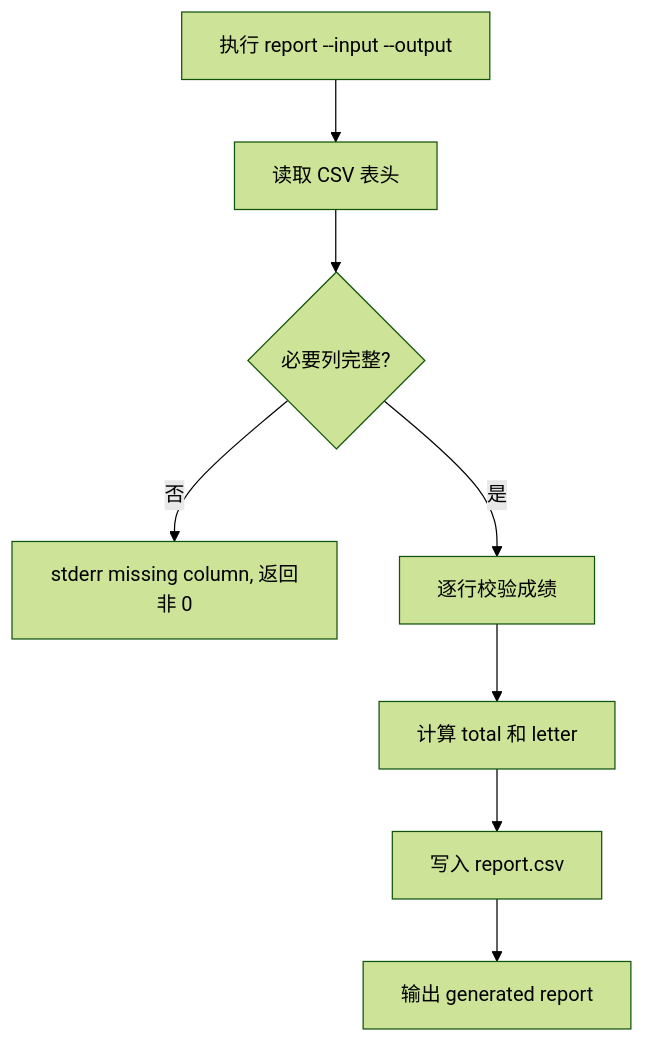
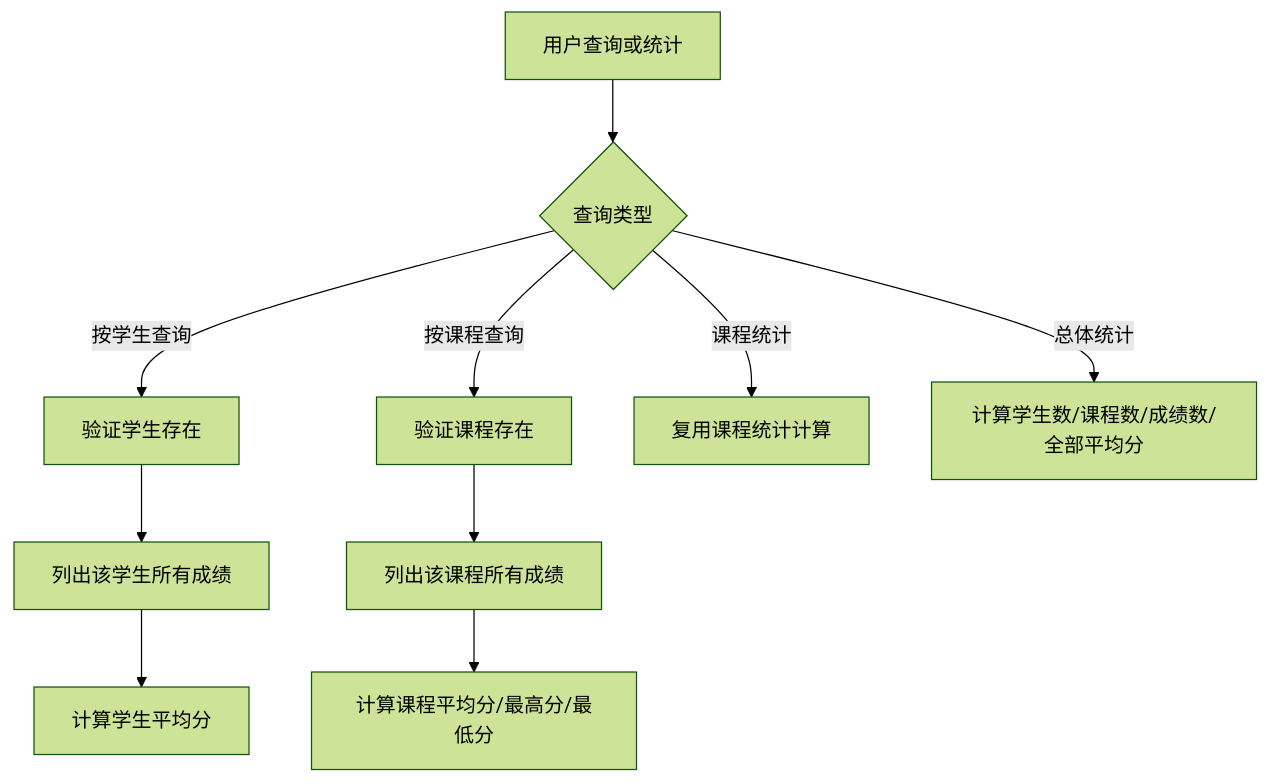
Before and after one commit to JerryChen-USTB/CodeAgent: the sixth of 8 diagrams in benchmark/selfbuilt/cases/03_student_gradebook/input/design_model.md, drawn with Mermaid (forest theme). The commit also changed other lines of this file and 67 other files, not shown here.

````diff
--- a/benchmark/selfbuilt/cases/03_student_gradebook/input/design_model.md
+++ b/benchmark/selfbuilt/cases/03_student_gradebook/input/design_model.md
@@ -43,10 +345,12 @@
 ```mermaid
 flowchart TD
-    A["执行 report --input --output"] --> B["读取 CSV 表头"]
-    B --> C{"必要列完整?"}
-    C -- "否" --> D["stderr missing column, 返回非 0"]
-    C -- "是" --> E["逐行校验成绩"]
-    E --> F["计算 total 和 letter"]
-    F --> G["写入 report.csv"]
-    G --> H["输出 generated report"]
+    A["用户查询或统计"] --> B{"查询类型"}
+    B -- "按学生查询" --> C["验证学生存在"]
+    C --> D["列出该学生所有成绩"]
+    D --> E["计算学生平均分"]
+    B -- "按课程查询" --> F["验证课程存在"]
+    F --> G["列出该课程所有成绩"]
+    G --> H["计算课程平均分/最高分/最低分"]
+    B -- "课程统计" --> I["复用课程统计计算"]
+    B -- "总体统计" --> J["计算学生数/课程数/成绩数/全部平均分"]
 ```
````
